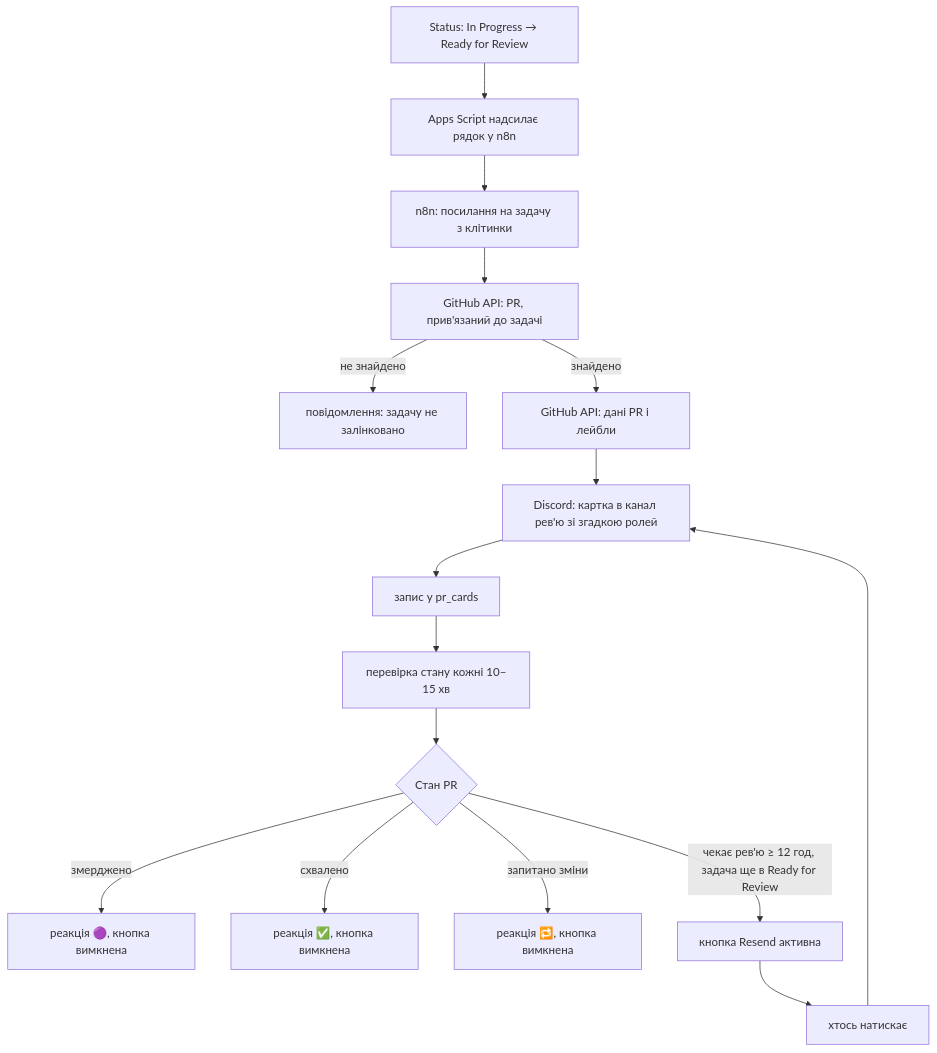
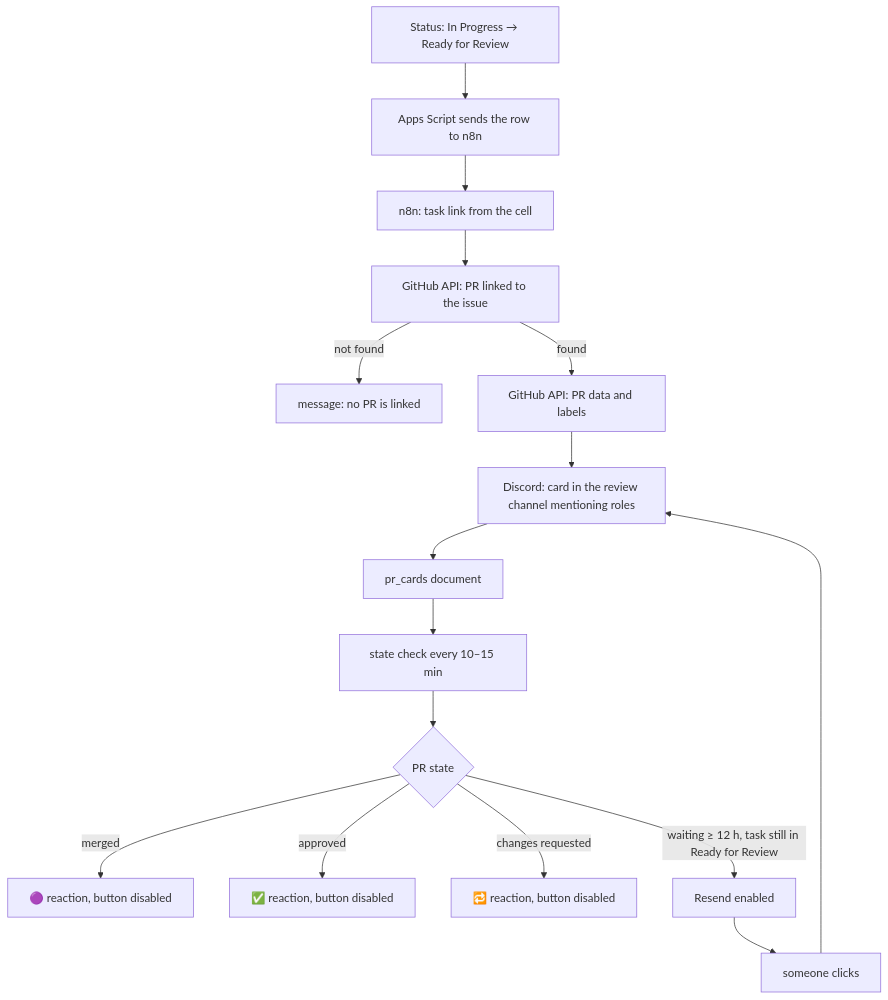
One commit to mentorflow-lpnu/MentorFlow changed the diagram in docs/features/01-pr-review.md. Above: the diagram before and after it, drawn with Mermaid. The commit also changed other lines of this file and 57 other files, not shown here.

Commit message:
feat(TASK-1): create general discord automation logic

````diff
--- a/docs/features/01-pr-review.md
+++ b/docs/features/01-pr-review.md
@@ -32,17 +32,17 @@
 ```mermaid
 flowchart TD
-  A[Status: In Progress → Ready for Review] --> B[Apps Script надсилає рядок у n8n]
-  B --> C[n8n: посилання на задачу з клітинки]
-  C --> D[GitHub API: PR, прив'язаний до задачі]
-  D -->|не знайдено| X[повідомлення: задачу не залінковано]
-  D -->|знайдено| E[GitHub API: дані PR і лейбли]
-  E --> F[Discord: картка в канал рев'ю зі згадкою ролей]
-  F --> G[запис у pr_cards]
-  G --> H[перевірка стану кожні 10–15 хв]
-  H --> I{Стан PR}
-  I -->|змерджено| J[реакція 🟣, кнопка вимкнена]
-  I -->|схвалено| K[реакція ✅, кнопка вимкнена]
-  I -->|запитано зміни| L[реакція 🔁, кнопка вимкнена]
-  I -->|чекає рев'ю ≥ 12 год, задача ще в Ready for Review| M[кнопка Resend активна]
-  M --> N[хтось натискає] --> F
+  A[Status: In Progress → Ready for Review] --> B[Apps Script sends the row to n8n]
+  B --> C[n8n: task link from the cell]
+  C --> D[GitHub API: PR linked to the issue]
+  D -->|not found| X[message: no PR is linked]
+  D -->|found| E[GitHub API: PR data and labels]
+  E --> F[Discord: card in the review channel mentioning roles]
+  F --> G[pr_cards document]
+  G --> H[state check every 10–15 min]
+  H --> I{PR state}
+  I -->|merged| J[🟣 reaction, button disabled]
+  I -->|approved| K[✅ reaction, button disabled]
+  I -->|changes requested| L[🔁 reaction, button disabled]
+  I -->|waiting ≥ 12 h, task still in Ready for Review| M[Resend enabled]
+  M --> N[someone clicks] --> F
 ```
````
